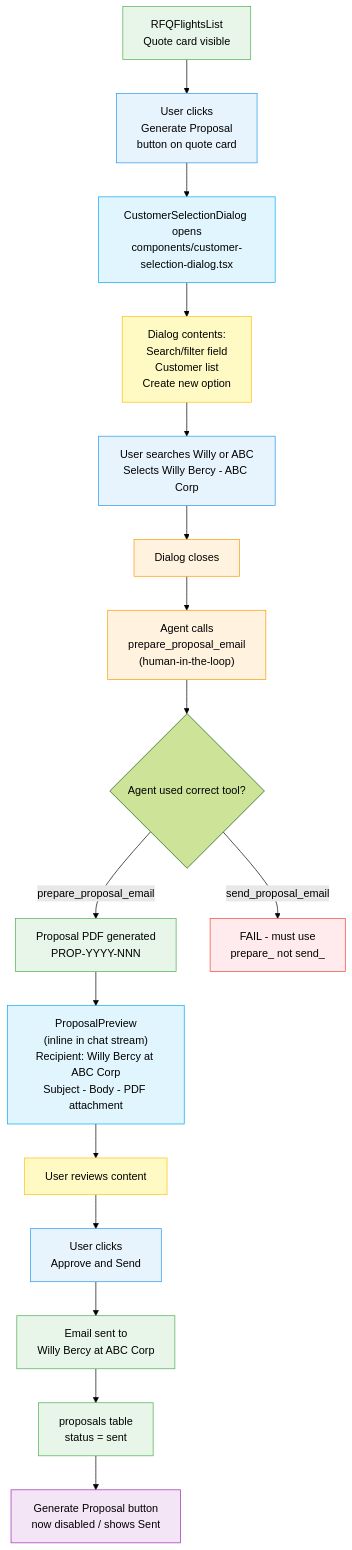
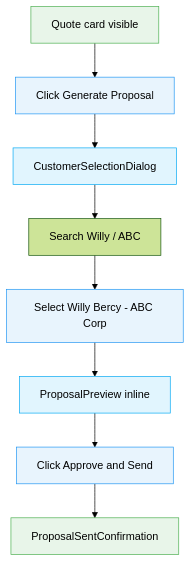
The sixth of 9 diagrams in .claude/commands/e2e-test.md (kingler/v0-jetvision-assistant), drawn with Mermaid (forest theme) before and after one commit. The commit also changed other lines of this file and 16 other files, not shown here.

````diff
--- a/.claude/commands/e2e-test.md
+++ b/.claude/commands/e2e-test.md
@@ -893,37 +642,18 @@
 ```mermaid
 flowchart TD
-    A["RFQFlightsList\nQuote card visible"] --> B["User clicks\nGenerate Proposal\nbutton on quote card"]
-    B --> C["CustomerSelectionDialog opens\ncomponents/customer-selection-dialog.tsx"]
-
-    C --> D["Dialog contents:\nSearch/filter field\nCustomer list\nCreate new option"]
-    D --> E["User searches Willy or ABC\nSelects Willy Bercy - ABC Corp"]
-    E --> F["Dialog closes"]
-
-    F --> G["Agent calls\nprepare_proposal_email\n(human-in-the-loop)"]
-    G --> H{"Agent used correct tool?"}
-    H -->|"prepare_proposal_email"| I["Proposal PDF generated\nPROP-YYYY-NNN"]
-    H -->|"send_proposal_email"| FAIL1["FAIL - must use\nprepare_ not send_"]
-
-    I --> J["ProposalPreview\n(inline in chat stream)\nRecipient: Willy Bercy at ABC Corp\nSubject - Body - PDF attachment"]
-    J --> K["User reviews content"]
-    K --> L["User clicks\nApprove and Send"]
-    L --> M["Email sent to\nWilly Bercy at ABC Corp"]
-    M --> N["proposals table\nstatus = sent"]
-    N --> O["Generate Proposal button\nnow disabled / shows Sent"]
+    A["Quote card visible"] --> B["Click Generate Proposal"]
+    B --> C["CustomerSelectionDialog"]
+    C --> D["Search Willy / ABC"]
+    D --> E["Select Willy Bercy - ABC Corp"]
+    E --> F["ProposalPreview inline"]
+    F --> G["Click Approve and Send"]
+    G --> H["ProposalSentConfirmation"]
 
     style A fill:#e8f5e9,stroke:#4CAF50
     style B fill:#e8f4fd,stroke:#2196F3
     style C fill:#e1f5fe,stroke:#03A9F4
-    style D fill:#fff9c4,stroke:#FFC107
     style E fill:#e8f4fd,stroke:#2196F3
-    style F fill:#fff3e0,stroke:#FF9800
-    style G fill:#fff3e0,stroke:#FF9800
-    style I fill:#e8f5e9,stroke:#4CAF50
-    style J fill:#e1f5fe,stroke:#03A9F4
-    style K fill:#fff9c4,stroke:#FFC107
-    style L fill:#e8f4fd,stroke:#2196F3
-    style M fill:#e8f5e9,stroke:#4CAF50
-    style N fill:#e8f5e9,stroke:#4CAF50
-    style O fill:#f3e5f5,stroke:#9C27B0
-    style FAIL1 fill:#ffebee,stroke:#f44336
+    style F fill:#e1f5fe,stroke:#03A9F4
+    style G fill:#e8f4fd,stroke:#2196F3
+    style H fill:#e8f5e9,stroke:#4CAF50
 ```
````
